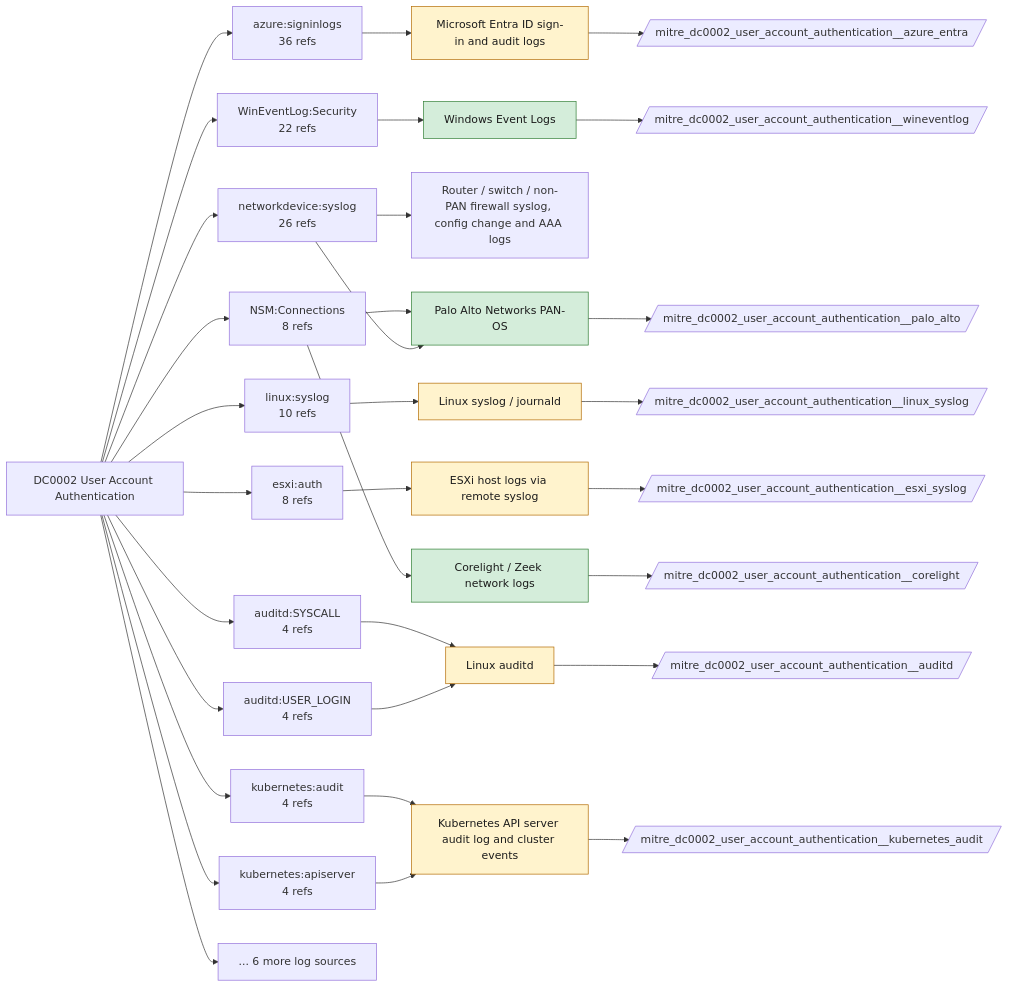
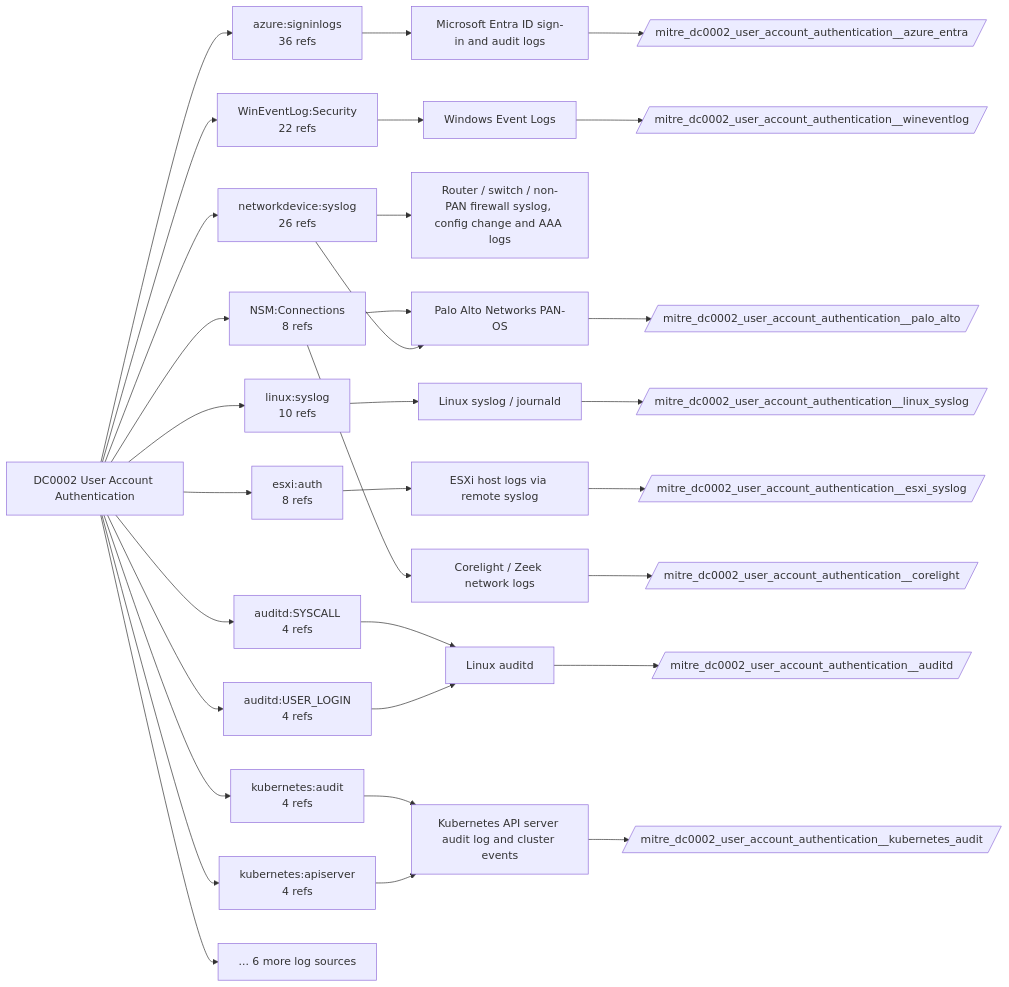
Before and after one commit to dev-nobytes-io/mitre-defensive-mappings-spl: the diagram in docs/data-components/DC0002-user-account-authentication.md, drawn with Mermaid. The commit also changed other lines of this file and 366 other files, not shown here.

````diff
--- a/docs/data-components/DC0002-user-account-authentication.md
+++ b/docs/data-components/DC0002-user-account-authentication.md
@@ -19,54 +19,44 @@
 ```mermaid
 flowchart LR
   DC["DC0002 User Account Authentication"]
   DC --> LS0["azure:signinlogs<br/>36 refs"]
   F_azure_entra["Microsoft Entra ID sign-in and audit logs"]
   LS0 --> F_azure_entra
   DC --> LS1["networkdevice:syslog<br/>26 refs"]
   F_palo_alto["Palo Alto Networks PAN-OS"]
   LS1 --> F_palo_alto
   F_netdev_syslog["Router / switch / non-PAN firewall syslog, config change and AAA logs"]
   LS1 --> F_netdev_syslog
   DC --> LS2["WinEventLog:Security<br/>22 refs"]
   F_wineventlog["Windows Event Logs"]
   LS2 --> F_wineventlog
   DC --> LS3["linux:syslog<br/>10 refs"]
   F_linux_syslog["Linux syslog / journald"]
   LS3 --> F_linux_syslog
   DC --> LS4["esxi:auth<br/>8 refs"]
   F_esxi_syslog["ESXi host logs via remote syslog"]
   LS4 --> F_esxi_syslog
   DC --> LS5["NSM:Connections<br/>8 refs"]
   F_corelight["Corelight / Zeek network logs"]
   LS5 --> F_corelight
   LS5 --> F_palo_alto
   DC --> LS6["auditd:USER_LOGIN<br/>4 refs"]
   F_auditd["Linux auditd"]
   LS6 --> F_auditd
   DC --> LS7["auditd:SYSCALL<br/>4 refs"]
   LS7 --> F_auditd
   DC --> LS8["kubernetes:apiserver<br/>4 refs"]
   F_kubernetes_audit["Kubernetes API server audit log and cluster events"]
   LS8 --> F_kubernetes_audit
   DC --> LS9["kubernetes:audit<br/>4 refs"]
   LS9 --> F_kubernetes_audit
   DC --> MORE["... 6 more log sources"]
+  F_auditd --> ET_auditd[/"mitre_dc0002_user_account_authentication__auditd"/]
+  F_azure_entra --> ET_azure_entra[/"mitre_dc0002_user_account_authentication__azure_entra"/]
   F_corelight --> ET_corelight[/"mitre_dc0002_user_account_authentication__corelight"/]
-  class F_corelight live
+  F_esxi_syslog --> ET_esxi_syslog[/"mitre_dc0002_user_account_authentication__esxi_syslog"/]
+  F_kubernetes_audit --> ET_kubernetes_audit[/"mitre_dc0002_user_account_authentication__kubernetes_audit"/]
+  F_linux_syslog --> ET_linux_syslog[/"mitre_dc0002_user_account_authentication__linux_syslog"/]
   F_palo_alto --> ET_palo_alto[/"mitre_dc0002_user_account_authentication__palo_alto"/]
-  class F_palo_alto live
   F_wineventlog --> ET_wineventlog[/"mitre_dc0002_user_account_authentication__wineventlog"/]
-  class F_wineventlog live
-  F_auditd --> ET_auditd[/"mitre_dc0002_user_account_authentication__auditd"/]
-  class F_auditd ready
-  F_azure_entra --> ET_azure_entra[/"mitre_dc0002_user_account_authentication__azure_entra"/]
-  class F_azure_entra ready
-  F_esxi_syslog --> ET_esxi_syslog[/"mitre_dc0002_user_account_authentication__esxi_syslog"/]
-  class F_esxi_syslog ready
-  F_kubernetes_audit --> ET_kubernetes_audit[/"mitre_dc0002_user_account_authentication__kubernetes_audit"/]
-  class F_kubernetes_audit ready
-  F_linux_syslog --> ET_linux_syslog[/"mitre_dc0002_user_account_authentication__linux_syslog"/]
-  class F_linux_syslog ready
-  classDef live fill:#d4edda,stroke:#2e7d32,color:#1b1b1b
-  classDef ready fill:#fff3cd,stroke:#b26a00,color:#1b1b1b
 ```
````
